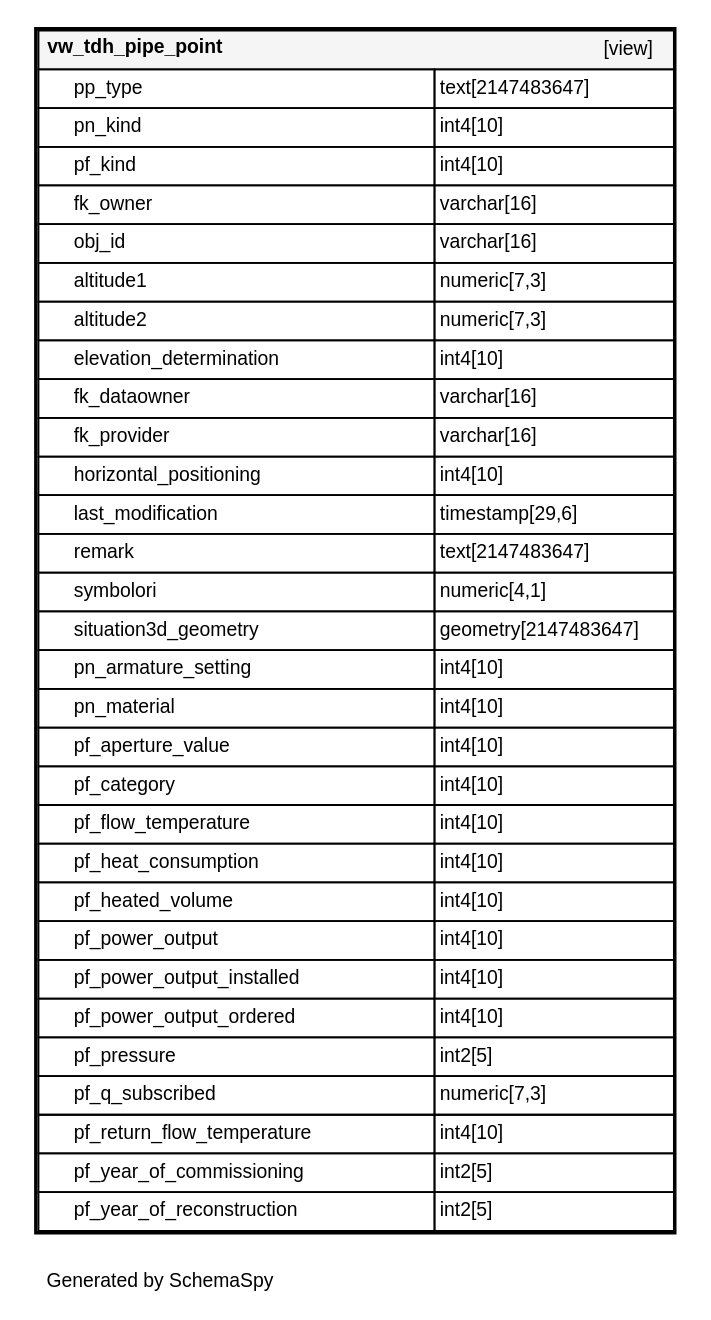
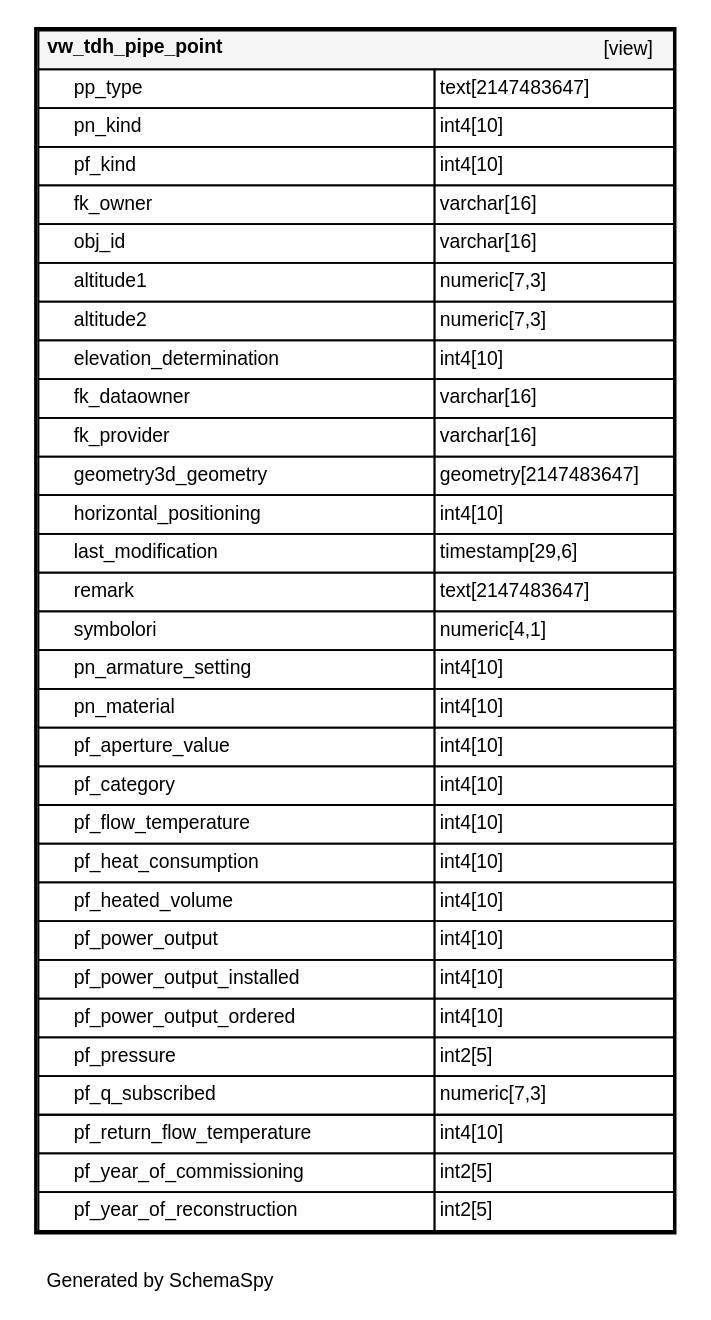
Before and after one commit to teksi/district_heating: the diagram in fr/_static/datamodel/tdh_app/diagrams/tables/vw_tdh_pipe_point.1degree.dot, drawn with Graphviz. The commit also changed 57 other files, not shown here.

```diff
--- a/fr/_static/datamodel/tdh_app/diagrams/tables/vw_tdh_pipe_point.1degree.dot
+++ b/fr/_static/datamodel/tdh_app/diagrams/tables/vw_tdh_pipe_point.1degree.dot
@@ -1,42 +1,42 @@
 digraph "oneDegreeRelationshipsDiagram" {
   graph [    rankdir="RL"    bgcolor="#ffffff"    label="\nGenerated by SchemaSpy"    labeljust="l"    nodesep="0.18"    ranksep="0.46"    fontname="Helvetica"    fontsize="11"    packmode="graph"  ];  node [    fontname="Helvetica"    fontsize="11"    shape="plaintext"  ];  edge [    arrowsize="0.8"  ];
   "vw_tdh_pipe_point" [
    label=<
     <TABLE BORDER="2" CELLBORDER="1" CELLSPACING="0" BGCOLOR="#ffffff">
       <TR><TD COLSPAN="4"  BGCOLOR="#f5f5f5"><TABLE BORDER="0" CELLSPACING="0"><TR><TD ALIGN="LEFT" FIXEDSIZE="TRUE" WIDTH="134" HEIGHT="16"><B>vw_tdh_pipe_point</B></TD><TD ALIGN="RIGHT">[view]</TD></TR></TABLE></TD></TR>
       <TR><TD PORT="pp_type" COLSPAN="2" ALIGN="LEFT"><TABLE BORDER="0" CELLSPACING="0" ALIGN="LEFT"><TR ALIGN="LEFT"><TD ALIGN="LEFT" FIXEDSIZE="TRUE" WIDTH="15" HEIGHT="16"></TD><TD ALIGN="LEFT" FIXEDSIZE="TRUE" WIDTH="204" HEIGHT="16">pp_type</TD></TR></TABLE></TD><TD PORT="pp_type.type" ALIGN="LEFT">text[2147483647]</TD></TR>
       <TR><TD PORT="pn_kind" COLSPAN="2" ALIGN="LEFT"><TABLE BORDER="0" CELLSPACING="0" ALIGN="LEFT"><TR ALIGN="LEFT"><TD ALIGN="LEFT" FIXEDSIZE="TRUE" WIDTH="15" HEIGHT="16"></TD><TD ALIGN="LEFT" FIXEDSIZE="TRUE" WIDTH="204" HEIGHT="16">pn_kind</TD></TR></TABLE></TD><TD PORT="pn_kind.type" ALIGN="LEFT">int4[10]</TD></TR>
       <TR><TD PORT="pf_kind" COLSPAN="2" ALIGN="LEFT"><TABLE BORDER="0" CELLSPACING="0" ALIGN="LEFT"><TR ALIGN="LEFT"><TD ALIGN="LEFT" FIXEDSIZE="TRUE" WIDTH="15" HEIGHT="16"></TD><TD ALIGN="LEFT" FIXEDSIZE="TRUE" WIDTH="204" HEIGHT="16">pf_kind</TD></TR></TABLE></TD><TD PORT="pf_kind.type" ALIGN="LEFT">int4[10]</TD></TR>
       <TR><TD PORT="fk_owner" COLSPAN="2" ALIGN="LEFT"><TABLE BORDER="0" CELLSPACING="0" ALIGN="LEFT"><TR ALIGN="LEFT"><TD ALIGN="LEFT" FIXEDSIZE="TRUE" WIDTH="15" HEIGHT="16"></TD><TD ALIGN="LEFT" FIXEDSIZE="TRUE" WIDTH="204" HEIGHT="16">fk_owner</TD></TR></TABLE></TD><TD PORT="fk_owner.type" ALIGN="LEFT">varchar[16]</TD></TR>
       <TR><TD PORT="obj_id" COLSPAN="2" ALIGN="LEFT"><TABLE BORDER="0" CELLSPACING="0" ALIGN="LEFT"><TR ALIGN="LEFT"><TD ALIGN="LEFT" FIXEDSIZE="TRUE" WIDTH="15" HEIGHT="16"></TD><TD ALIGN="LEFT" FIXEDSIZE="TRUE" WIDTH="204" HEIGHT="16">obj_id</TD></TR></TABLE></TD><TD PORT="obj_id.type" ALIGN="LEFT">varchar[16]</TD></TR>
       <TR><TD PORT="altitude1" COLSPAN="2" ALIGN="LEFT"><TABLE BORDER="0" CELLSPACING="0" ALIGN="LEFT"><TR ALIGN="LEFT"><TD ALIGN="LEFT" FIXEDSIZE="TRUE" WIDTH="15" HEIGHT="16"></TD><TD ALIGN="LEFT" FIXEDSIZE="TRUE" WIDTH="204" HEIGHT="16">altitude1</TD></TR></TABLE></TD><TD PORT="altitude1.type" ALIGN="LEFT">numeric[7,3]</TD></TR>
       <TR><TD PORT="altitude2" COLSPAN="2" ALIGN="LEFT"><TABLE BORDER="0" CELLSPACING="0" ALIGN="LEFT"><TR ALIGN="LEFT"><TD ALIGN="LEFT" FIXEDSIZE="TRUE" WIDTH="15" HEIGHT="16"></TD><TD ALIGN="LEFT" FIXEDSIZE="TRUE" WIDTH="204" HEIGHT="16">altitude2</TD></TR></TABLE></TD><TD PORT="altitude2.type" ALIGN="LEFT">numeric[7,3]</TD></TR>
       <TR><TD PORT="elevation_determination" COLSPAN="2" ALIGN="LEFT"><TABLE BORDER="0" CELLSPACING="0" ALIGN="LEFT"><TR ALIGN="LEFT"><TD ALIGN="LEFT" FIXEDSIZE="TRUE" WIDTH="15" HEIGHT="16"></TD><TD ALIGN="LEFT" FIXEDSIZE="TRUE" WIDTH="204" HEIGHT="16">elevation_determination</TD></TR></TABLE></TD><TD PORT="elevation_determination.type" ALIGN="LEFT">int4[10]</TD></TR>
       <TR><TD PORT="fk_dataowner" COLSPAN="2" ALIGN="LEFT"><TABLE BORDER="0" CELLSPACING="0" ALIGN="LEFT"><TR ALIGN="LEFT"><TD ALIGN="LEFT" FIXEDSIZE="TRUE" WIDTH="15" HEIGHT="16"></TD><TD ALIGN="LEFT" FIXEDSIZE="TRUE" WIDTH="204" HEIGHT="16">fk_dataowner</TD></TR></TABLE></TD><TD PORT="fk_dataowner.type" ALIGN="LEFT">varchar[16]</TD></TR>
       <TR><TD PORT="fk_provider" COLSPAN="2" ALIGN="LEFT"><TABLE BORDER="0" CELLSPACING="0" ALIGN="LEFT"><TR ALIGN="LEFT"><TD ALIGN="LEFT" FIXEDSIZE="TRUE" WIDTH="15" HEIGHT="16"></TD><TD ALIGN="LEFT" FIXEDSIZE="TRUE" WIDTH="204" HEIGHT="16">fk_provider</TD></TR></TABLE></TD><TD PORT="fk_provider.type" ALIGN="LEFT">varchar[16]</TD></TR>
+      <TR><TD PORT="geometry3d_geometry" COLSPAN="2" ALIGN="LEFT"><TABLE BORDER="0" CELLSPACING="0" ALIGN="LEFT"><TR ALIGN="LEFT"><TD ALIGN="LEFT" FIXEDSIZE="TRUE" WIDTH="15" HEIGHT="16"></TD><TD ALIGN="LEFT" FIXEDSIZE="TRUE" WIDTH="204" HEIGHT="16">geometry3d_geometry</TD></TR></TABLE></TD><TD PORT="geometry3d_geometry.type" ALIGN="LEFT">geometry[2147483647]</TD></TR>
       <TR><TD PORT="horizontal_positioning" COLSPAN="2" ALIGN="LEFT"><TABLE BORDER="0" CELLSPACING="0" ALIGN="LEFT"><TR ALIGN="LEFT"><TD ALIGN="LEFT" FIXEDSIZE="TRUE" WIDTH="15" HEIGHT="16"></TD><TD ALIGN="LEFT" FIXEDSIZE="TRUE" WIDTH="204" HEIGHT="16">horizontal_positioning</TD></TR></TABLE></TD><TD PORT="horizontal_positioning.type" ALIGN="LEFT">int4[10]</TD></TR>
       <TR><TD PORT="last_modification" COLSPAN="2" ALIGN="LEFT"><TABLE BORDER="0" CELLSPACING="0" ALIGN="LEFT"><TR ALIGN="LEFT"><TD ALIGN="LEFT" FIXEDSIZE="TRUE" WIDTH="15" HEIGHT="16"></TD><TD ALIGN="LEFT" FIXEDSIZE="TRUE" WIDTH="204" HEIGHT="16">last_modification</TD></TR></TABLE></TD><TD PORT="last_modification.type" ALIGN="LEFT">timestamp[29,6]</TD></TR>
       <TR><TD PORT="remark" COLSPAN="2" ALIGN="LEFT"><TABLE BORDER="0" CELLSPACING="0" ALIGN="LEFT"><TR ALIGN="LEFT"><TD ALIGN="LEFT" FIXEDSIZE="TRUE" WIDTH="15" HEIGHT="16"></TD><TD ALIGN="LEFT" FIXEDSIZE="TRUE" WIDTH="204" HEIGHT="16">remark</TD></TR></TABLE></TD><TD PORT="remark.type" ALIGN="LEFT">text[2147483647]</TD></TR>
       <TR><TD PORT="symbolori" COLSPAN="2" ALIGN="LEFT"><TABLE BORDER="0" CELLSPACING="0" ALIGN="LEFT"><TR ALIGN="LEFT"><TD ALIGN="LEFT" FIXEDSIZE="TRUE" WIDTH="15" HEIGHT="16"></TD><TD ALIGN="LEFT" FIXEDSIZE="TRUE" WIDTH="204" HEIGHT="16">symbolori</TD></TR></TABLE></TD><TD PORT="symbolori.type" ALIGN="LEFT">numeric[4,1]</TD></TR>
-      <TR><TD PORT="situation3d_geometry" COLSPAN="2" ALIGN="LEFT"><TABLE BORDER="0" CELLSPACING="0" ALIGN="LEFT"><TR ALIGN="LEFT"><TD ALIGN="LEFT" FIXEDSIZE="TRUE" WIDTH="15" HEIGHT="16"></TD><TD ALIGN="LEFT" FIXEDSIZE="TRUE" WIDTH="204" HEIGHT="16">situation3d_geometry</TD></TR></TABLE></TD><TD PORT="situation3d_geometry.type" ALIGN="LEFT">geometry[2147483647]</TD></TR>
       <TR><TD PORT="pn_armature_setting" COLSPAN="2" ALIGN="LEFT"><TABLE BORDER="0" CELLSPACING="0" ALIGN="LEFT"><TR ALIGN="LEFT"><TD ALIGN="LEFT" FIXEDSIZE="TRUE" WIDTH="15" HEIGHT="16"></TD><TD ALIGN="LEFT" FIXEDSIZE="TRUE" WIDTH="204" HEIGHT="16">pn_armature_setting</TD></TR></TABLE></TD><TD PORT="pn_armature_setting.type" ALIGN="LEFT">int4[10]</TD></TR>
       <TR><TD PORT="pn_material" COLSPAN="2" ALIGN="LEFT"><TABLE BORDER="0" CELLSPACING="0" ALIGN="LEFT"><TR ALIGN="LEFT"><TD ALIGN="LEFT" FIXEDSIZE="TRUE" WIDTH="15" HEIGHT="16"></TD><TD ALIGN="LEFT" FIXEDSIZE="TRUE" WIDTH="204" HEIGHT="16">pn_material</TD></TR></TABLE></TD><TD PORT="pn_material.type" ALIGN="LEFT">int4[10]</TD></TR>
       <TR><TD PORT="pf_aperture_value" COLSPAN="2" ALIGN="LEFT"><TABLE BORDER="0" CELLSPACING="0" ALIGN="LEFT"><TR ALIGN="LEFT"><TD ALIGN="LEFT" FIXEDSIZE="TRUE" WIDTH="15" HEIGHT="16"></TD><TD ALIGN="LEFT" FIXEDSIZE="TRUE" WIDTH="204" HEIGHT="16">pf_aperture_value</TD></TR></TABLE></TD><TD PORT="pf_aperture_value.type" ALIGN="LEFT">int4[10]</TD></TR>
       <TR><TD PORT="pf_category" COLSPAN="2" ALIGN="LEFT"><TABLE BORDER="0" CELLSPACING="0" ALIGN="LEFT"><TR ALIGN="LEFT"><TD ALIGN="LEFT" FIXEDSIZE="TRUE" WIDTH="15" HEIGHT="16"></TD><TD ALIGN="LEFT" FIXEDSIZE="TRUE" WIDTH="204" HEIGHT="16">pf_category</TD></TR></TABLE></TD><TD PORT="pf_category.type" ALIGN="LEFT">int4[10]</TD></TR>
       <TR><TD PORT="pf_flow_temperature" COLSPAN="2" ALIGN="LEFT"><TABLE BORDER="0" CELLSPACING="0" ALIGN="LEFT"><TR ALIGN="LEFT"><TD ALIGN="LEFT" FIXEDSIZE="TRUE" WIDTH="15" HEIGHT="16"></TD><TD ALIGN="LEFT" FIXEDSIZE="TRUE" WIDTH="204" HEIGHT="16">pf_flow_temperature</TD></TR></TABLE></TD><TD PORT="pf_flow_temperature.type" ALIGN="LEFT">int4[10]</TD></TR>
       <TR><TD PORT="pf_heat_consumption" COLSPAN="2" ALIGN="LEFT"><TABLE BORDER="0" CELLSPACING="0" ALIGN="LEFT"><TR ALIGN="LEFT"><TD ALIGN="LEFT" FIXEDSIZE="TRUE" WIDTH="15" HEIGHT="16"></TD><TD ALIGN="LEFT" FIXEDSIZE="TRUE" WIDTH="204" HEIGHT="16">pf_heat_consumption</TD></TR></TABLE></TD><TD PORT="pf_heat_consumption.type" ALIGN="LEFT">int4[10]</TD></TR>
       <TR><TD PORT="pf_heated_volume" COLSPAN="2" ALIGN="LEFT"><TABLE BORDER="0" CELLSPACING="0" ALIGN="LEFT"><TR ALIGN="LEFT"><TD ALIGN="LEFT" FIXEDSIZE="TRUE" WIDTH="15" HEIGHT="16"></TD><TD ALIGN="LEFT" FIXEDSIZE="TRUE" WIDTH="204" HEIGHT="16">pf_heated_volume</TD></TR></TABLE></TD><TD PORT="pf_heated_volume.type" ALIGN="LEFT">int4[10]</TD></TR>
       <TR><TD PORT="pf_power_output" COLSPAN="2" ALIGN="LEFT"><TABLE BORDER="0" CELLSPACING="0" ALIGN="LEFT"><TR ALIGN="LEFT"><TD ALIGN="LEFT" FIXEDSIZE="TRUE" WIDTH="15" HEIGHT="16"></TD><TD ALIGN="LEFT" FIXEDSIZE="TRUE" WIDTH="204" HEIGHT="16">pf_power_output</TD></TR></TABLE></TD><TD PORT="pf_power_output.type" ALIGN="LEFT">int4[10]</TD></TR>
       <TR><TD PORT="pf_power_output_installed" COLSPAN="2" ALIGN="LEFT"><TABLE BORDER="0" CELLSPACING="0" ALIGN="LEFT"><TR ALIGN="LEFT"><TD ALIGN="LEFT" FIXEDSIZE="TRUE" WIDTH="15" HEIGHT="16"></TD><TD ALIGN="LEFT" FIXEDSIZE="TRUE" WIDTH="204" HEIGHT="16">pf_power_output_installed</TD></TR></TABLE></TD><TD PORT="pf_power_output_installed.type" ALIGN="LEFT">int4[10]</TD></TR>
       <TR><TD PORT="pf_power_output_ordered" COLSPAN="2" ALIGN="LEFT"><TABLE BORDER="0" CELLSPACING="0" ALIGN="LEFT"><TR ALIGN="LEFT"><TD ALIGN="LEFT" FIXEDSIZE="TRUE" WIDTH="15" HEIGHT="16"></TD><TD ALIGN="LEFT" FIXEDSIZE="TRUE" WIDTH="204" HEIGHT="16">pf_power_output_ordered</TD></TR></TABLE></TD><TD PORT="pf_power_output_ordered.type" ALIGN="LEFT">int4[10]</TD></TR>
       <TR><TD PORT="pf_pressure" COLSPAN="2" ALIGN="LEFT"><TABLE BORDER="0" CELLSPACING="0" ALIGN="LEFT"><TR ALIGN="LEFT"><TD ALIGN="LEFT" FIXEDSIZE="TRUE" WIDTH="15" HEIGHT="16"></TD><TD ALIGN="LEFT" FIXEDSIZE="TRUE" WIDTH="204" HEIGHT="16">pf_pressure</TD></TR></TABLE></TD><TD PORT="pf_pressure.type" ALIGN="LEFT">int2[5]</TD></TR>
       <TR><TD PORT="pf_q_subscribed" COLSPAN="2" ALIGN="LEFT"><TABLE BORDER="0" CELLSPACING="0" ALIGN="LEFT"><TR ALIGN="LEFT"><TD ALIGN="LEFT" FIXEDSIZE="TRUE" WIDTH="15" HEIGHT="16"></TD><TD ALIGN="LEFT" FIXEDSIZE="TRUE" WIDTH="204" HEIGHT="16">pf_q_subscribed</TD></TR></TABLE></TD><TD PORT="pf_q_subscribed.type" ALIGN="LEFT">numeric[7,3]</TD></TR>
       <TR><TD PORT="pf_return_flow_temperature" COLSPAN="2" ALIGN="LEFT"><TABLE BORDER="0" CELLSPACING="0" ALIGN="LEFT"><TR ALIGN="LEFT"><TD ALIGN="LEFT" FIXEDSIZE="TRUE" WIDTH="15" HEIGHT="16"></TD><TD ALIGN="LEFT" FIXEDSIZE="TRUE" WIDTH="204" HEIGHT="16">pf_return_flow_temperature</TD></TR></TABLE></TD><TD PORT="pf_return_flow_temperature.type" ALIGN="LEFT">int4[10]</TD></TR>
       <TR><TD PORT="pf_year_of_commissioning" COLSPAN="2" ALIGN="LEFT"><TABLE BORDER="0" CELLSPACING="0" ALIGN="LEFT"><TR ALIGN="LEFT"><TD ALIGN="LEFT" FIXEDSIZE="TRUE" WIDTH="15" HEIGHT="16"></TD><TD ALIGN="LEFT" FIXEDSIZE="TRUE" WIDTH="204" HEIGHT="16">pf_year_of_commissioning</TD></TR></TABLE></TD><TD PORT="pf_year_of_commissioning.type" ALIGN="LEFT">int2[5]</TD></TR>
       <TR><TD PORT="pf_year_of_reconstruction" COLSPAN="2" ALIGN="LEFT"><TABLE BORDER="0" CELLSPACING="0" ALIGN="LEFT"><TR ALIGN="LEFT"><TD ALIGN="LEFT" FIXEDSIZE="TRUE" WIDTH="15" HEIGHT="16"></TD><TD ALIGN="LEFT" FIXEDSIZE="TRUE" WIDTH="204" HEIGHT="16">pf_year_of_reconstruction</TD></TR></TABLE></TD><TD PORT="pf_year_of_reconstruction.type" ALIGN="LEFT">int2[5]</TD></TR>
     </TABLE>>
     URL="../../tables/vw_tdh_pipe_point.html"
     target="_top"
     tooltip="vw_tdh_pipe_point"
   ];
 }
```
